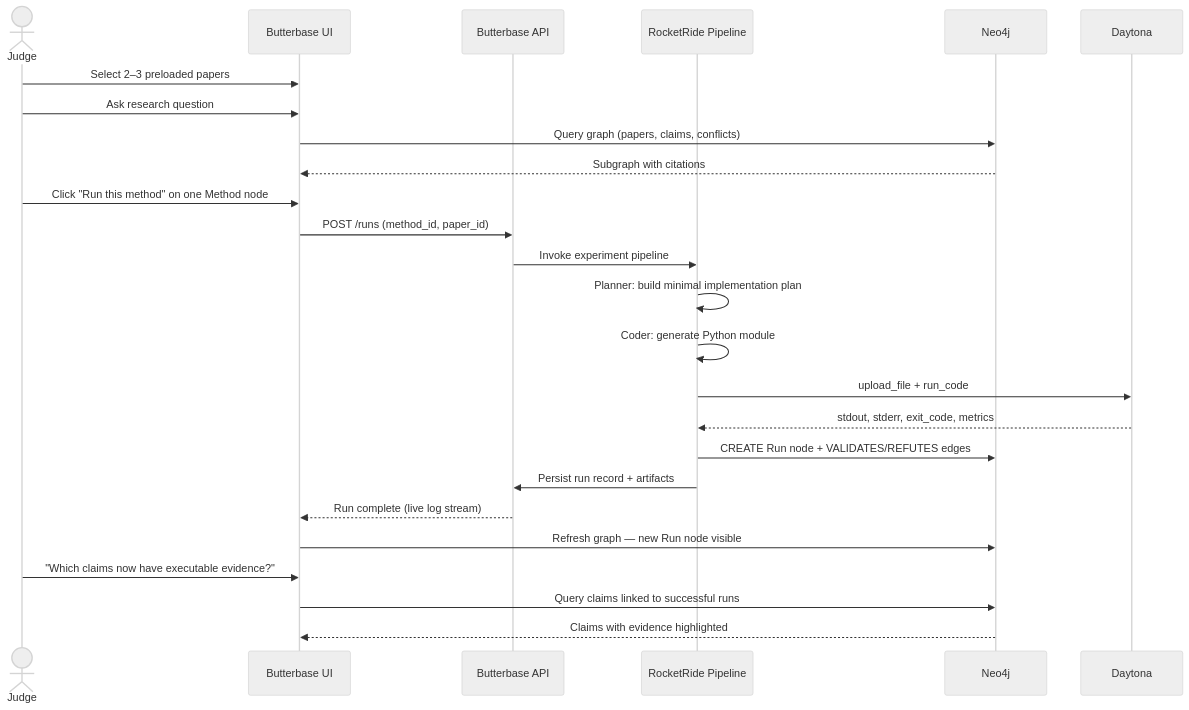
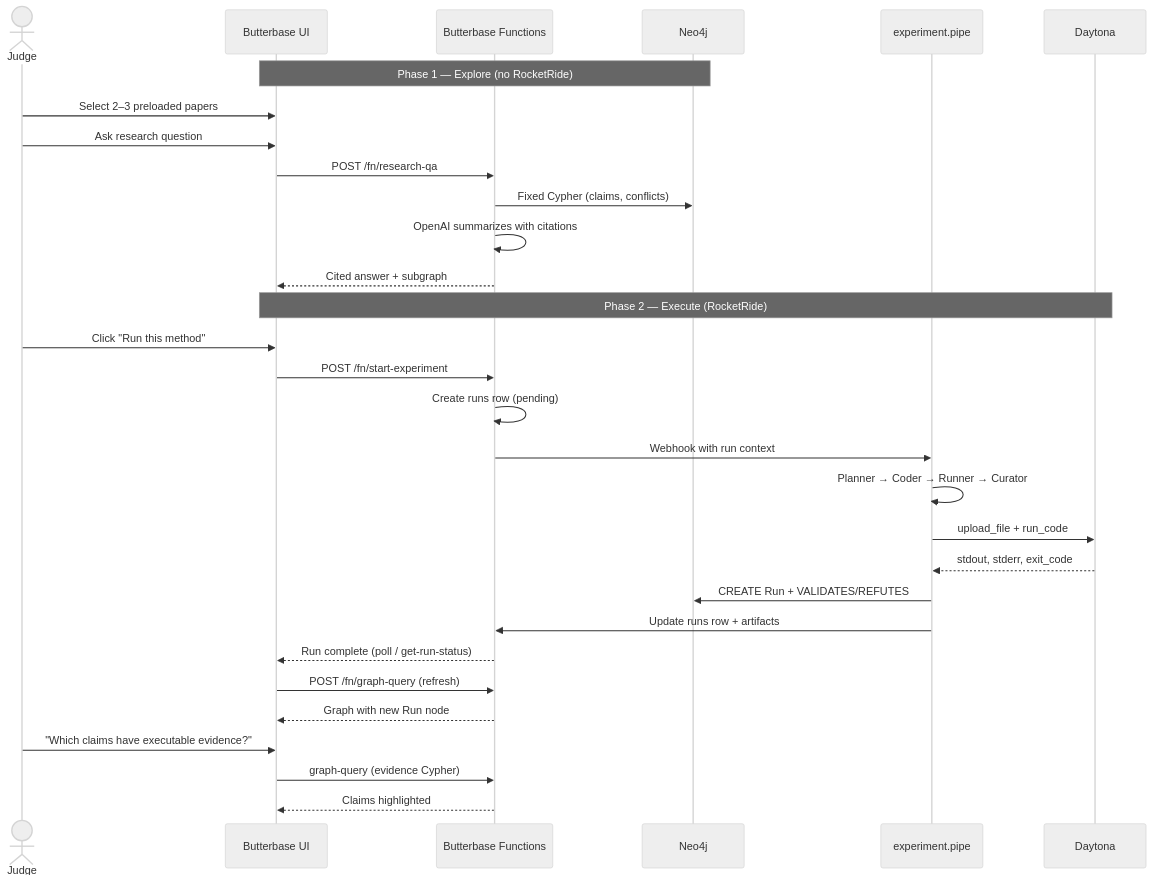
The second of 6 diagrams in docs/ARCHITECTURE.md (samshanmukh/Paper-to-Results-Graph), drawn with Mermaid (neutral theme) before and after one commit. The commit also changed other lines of this file, not shown here.

First line of the commit message:
Revise architecture to minimize RocketRide usage

````diff
--- a/docs/ARCHITECTURE.md
+++ b/docs/ARCHITECTURE.md
@@ -130,32 +153,38 @@
 ```mermaid
 sequenceDiagram
     actor Judge
     participant UI as Butterbase UI
-    participant BB as Butterbase API
-    participant RR as RocketRide Pipeline
+    participant BB as Butterbase Functions
     participant Neo as Neo4j
+    participant RR as experiment.pipe
     participant Day as Daytona
 
+    Note over UI,Neo: Phase 1 — Explore (no RocketRide)
     Judge->>UI: Select 2–3 preloaded papers
     Judge->>UI: Ask research question
-    UI->>Neo: Query graph (papers, claims, conflicts)
-    Neo-->>UI: Subgraph with citations
+    UI->>BB: POST /fn/research-qa
+    BB->>Neo: Fixed Cypher (claims, conflicts)
+    BB->>BB: OpenAI summarizes with citations
+    BB-->>UI: Cited answer + subgraph
 
-    Judge->>UI: Click "Run this method" on one Method node
-    UI->>BB: POST /runs (method_id, paper_id)
-    BB->>RR: Invoke experiment pipeline
+    Note over UI,Day: Phase 2 — Execute (RocketRide)
+    Judge->>UI: Click "Run this method"
+    UI->>BB: POST /fn/start-experiment
+    BB->>BB: Create runs row (pending)
+    BB->>RR: Webhook with run context
 
-    RR->>RR: Planner: build minimal implementation plan
-    RR->>RR: Coder: generate Python module
+    RR->>RR: Planner → Coder → Runner → Curator
     RR->>Day: upload_file + run_code
-    Day-->>RR: stdout, stderr, exit_code, metrics
+    Day-->>RR: stdout, stderr, exit_code
 
-    RR->>Neo: CREATE Run node + VALIDATES/REFUTES edges
-    RR->>BB: Persist run record + artifacts
+    RR->>Neo: CREATE Run + VALIDATES/REFUTES
+    RR->>BB: Update runs row + artifacts
 
-    BB-->>UI: Run complete (live log stream)
-    UI->>Neo: Refresh graph — new Run node visible
-    Judge->>UI: "Which claims now have executable evidence?"
-    UI->>Neo: Query claims linked to successful runs
-    Neo-->>UI: Claims with evidence highlighted
+    BB-->>UI: Run complete (poll / get-run-status)
+    UI->>BB: POST /fn/graph-query (refresh)
+    BB-->>UI: Graph with new Run node
+
+    Judge->>UI: "Which claims have executable evidence?"
+    UI->>BB: graph-query (evidence Cypher)
+    BB-->>UI: Claims highlighted
 ```
````
